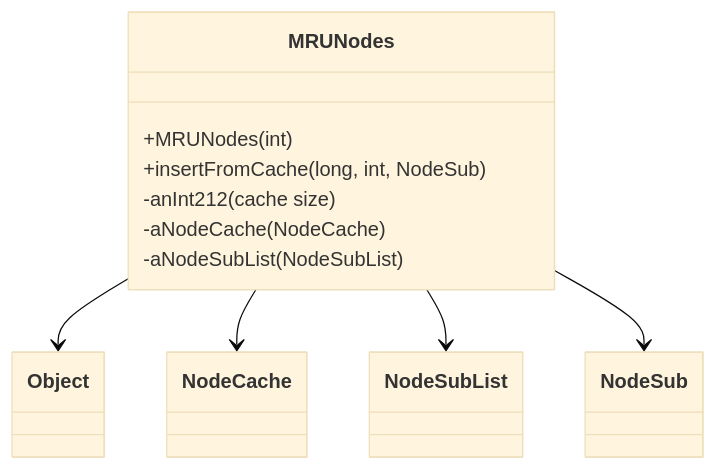
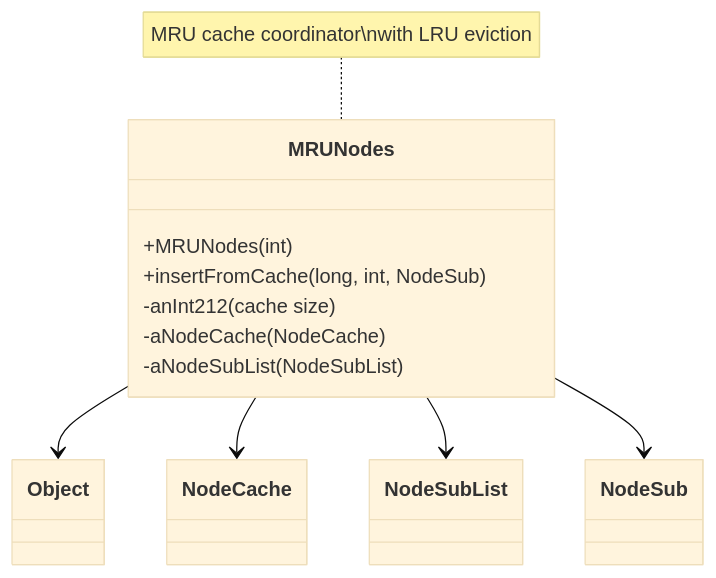
One commit to daxxog/solmud changed the diagram in bytecode/mapping/evidence/verified/MRUNodes_GCPOSBWX.md. Above: the diagram before and after it, drawn with Mermaid (base theme). The commit also changed other lines of this file and 69 other files, not shown here.

````diff
--- a/bytecode/mapping/evidence/verified/MRUNodes_GCPOSBWX.md
+++ b/bytecode/mapping/evidence/verified/MRUNodes_GCPOSBWX.md
@@ -16,12 +17,14 @@
 ```mermaid
 classDiagram
     MRUNodes --> Object
     MRUNodes --> NodeCache
     MRUNodes --> NodeSubList
     MRUNodes --> NodeSub
     MRUNodes : +MRUNodes(int)
     MRUNodes : +insertFromCache(long, int, NodeSub)
     MRUNodes : -anInt212 (cache size)
     MRUNodes : -aNodeCache (NodeCache)
     MRUNodes : -aNodeSubList (NodeSubList)
+    
+    note for MRUNodes "MRU cache coordinator\nwith LRU eviction"
 ```
````
